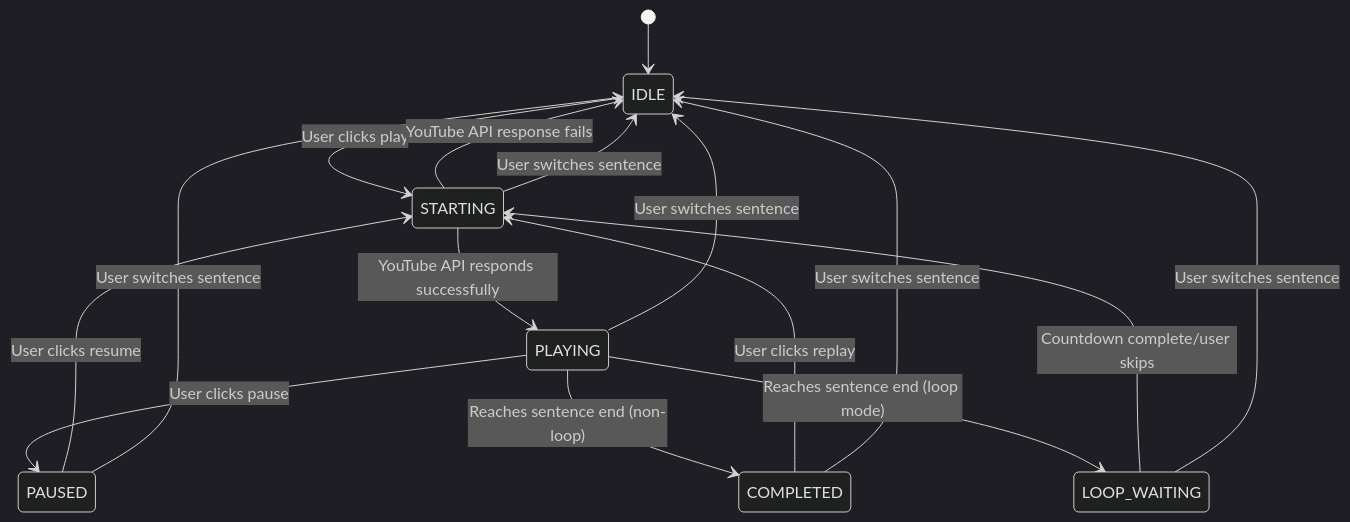
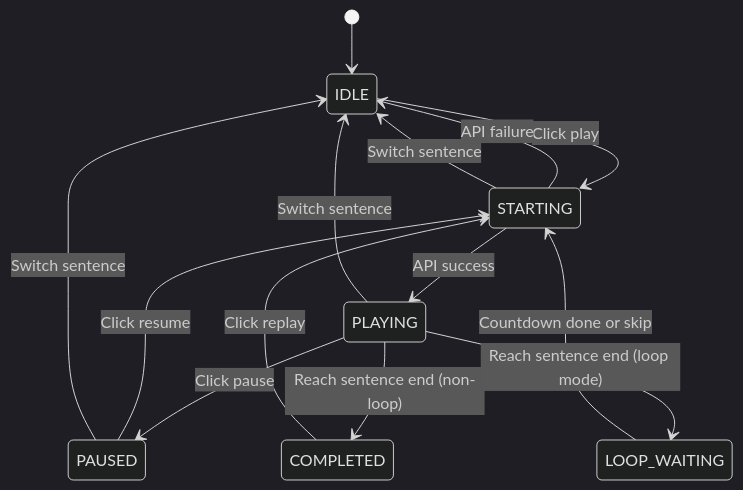
Before and after one commit to crazycjh/language-learning-transcribe: the diagram in docs/STATE_MACHINE_DISCUSSION_EN.md, drawn with Mermaid (dark theme). The commit also changed other lines of this file and 7 other files, not shown here.

````diff
--- a/docs/STATE_MACHINE_DISCUSSION_EN.md
+++ b/docs/STATE_MACHINE_DISCUSSION_EN.md
@@ -105,18 +21,16 @@
 ```mermaid
 stateDiagram-v2
     [*] --> IDLE
-    IDLE --> STARTING : User clicks play
-    STARTING --> PLAYING : YouTube API responds successfully
-    STARTING --> IDLE : YouTube API response fails
-    PLAYING --> PAUSED : User clicks pause
-    PLAYING --> COMPLETED : Reaches sentence end (non-loop)
-    PLAYING --> LOOP_WAITING : Reaches sentence end (loop mode)
-    PAUSED --> STARTING : User clicks resume
-    COMPLETED --> STARTING : User clicks replay
-    LOOP_WAITING --> STARTING : Countdown complete/user skips
-    STARTING --> IDLE : User switches sentence
-    PLAYING --> IDLE : User switches sentence
-    PAUSED --> IDLE : User switches sentence
-    COMPLETED --> IDLE : User switches sentence
-    LOOP_WAITING --> IDLE : User switches sentence
+    IDLE --> STARTING : Click play
+    STARTING --> PLAYING : API success
+    STARTING --> IDLE : API failure
+    PLAYING --> PAUSED : Click pause
+    PLAYING --> COMPLETED : Reach sentence end (non-loop)
+    PLAYING --> LOOP_WAITING : Reach sentence end (loop mode)
+    PAUSED --> STARTING : Click resume
+    COMPLETED --> STARTING : Click replay
+    LOOP_WAITING --> STARTING : Countdown done or skip
+    STARTING --> IDLE : Switch sentence
+    PLAYING --> IDLE : Switch sentence
+    PAUSED --> IDLE : Switch sentence
 ```
````
